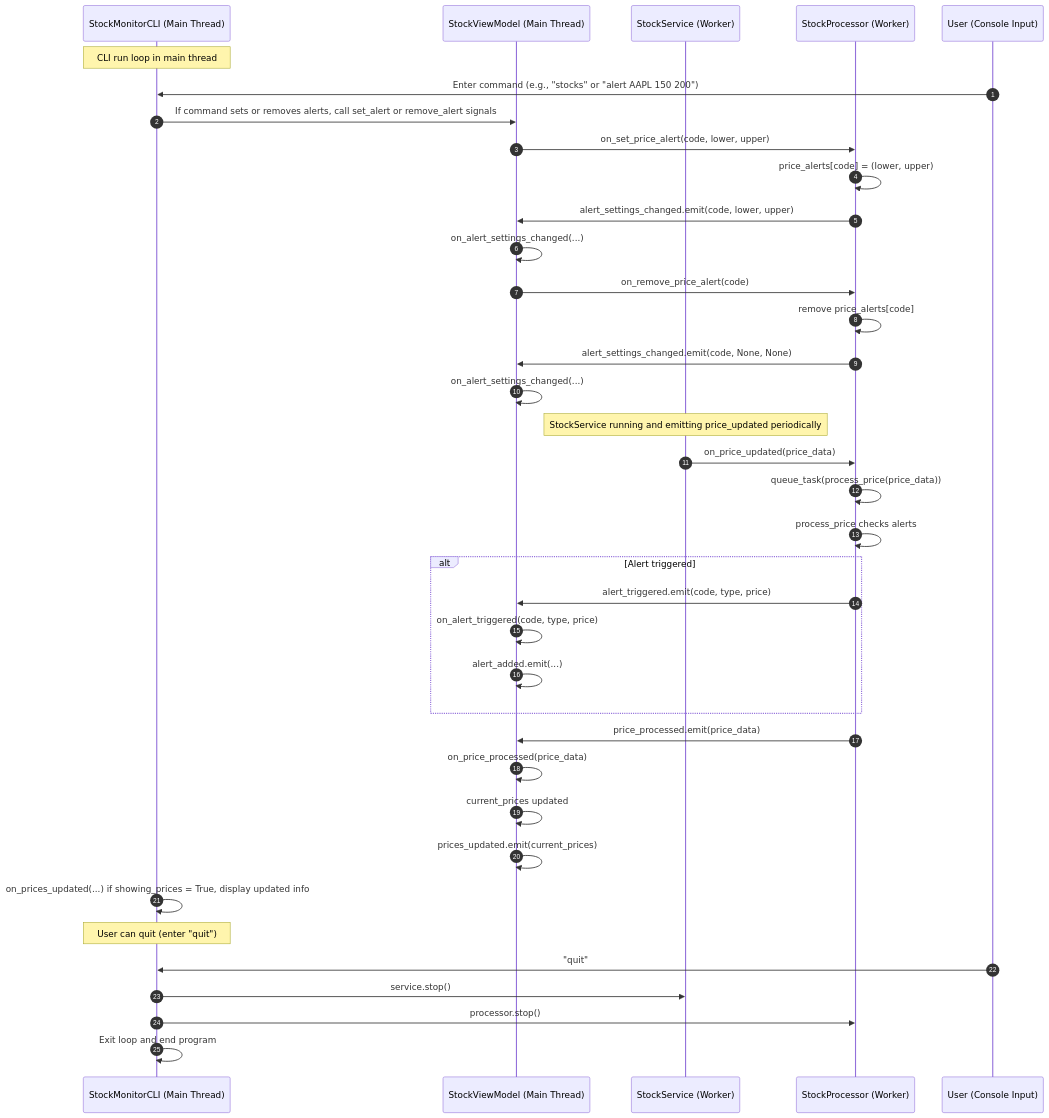
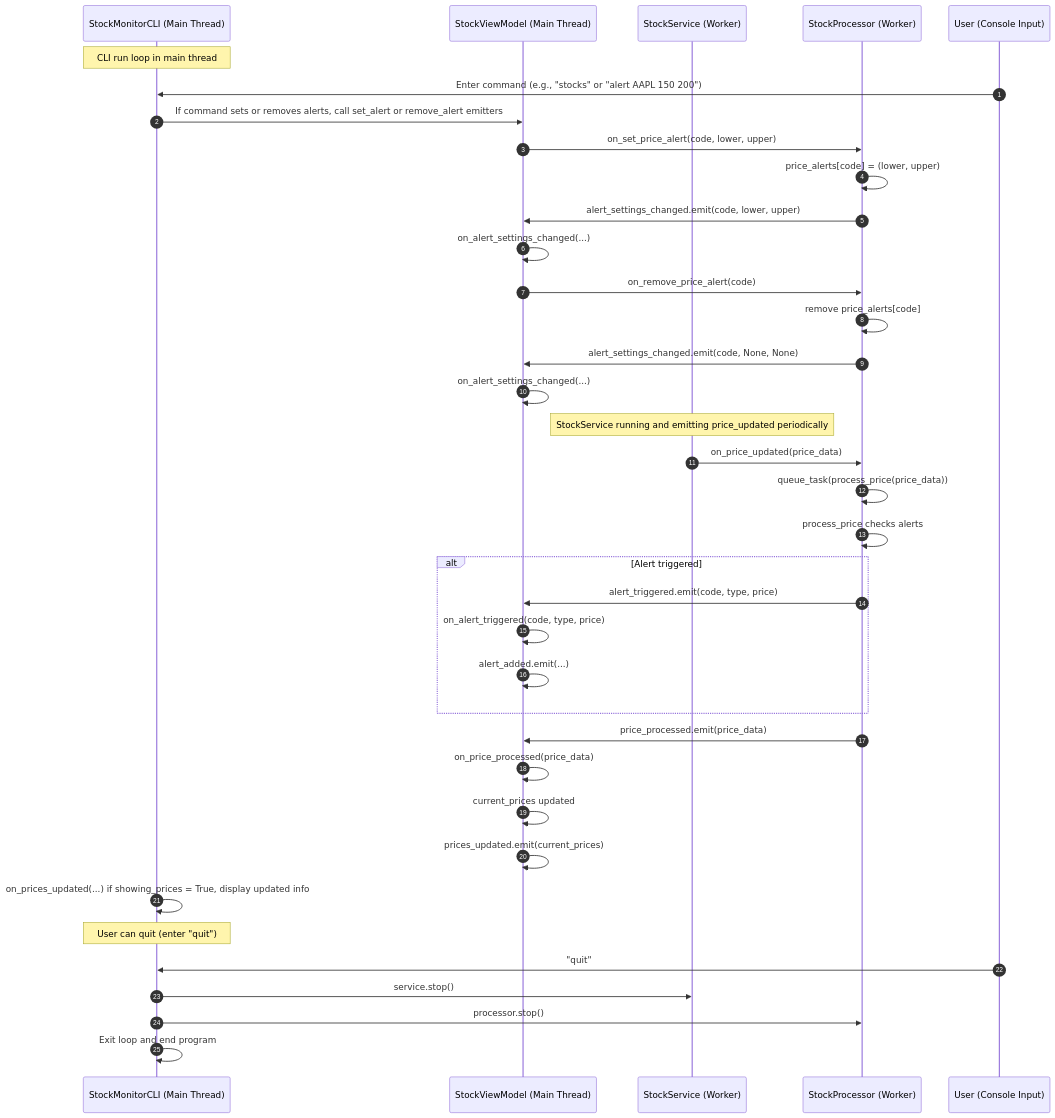
The eighth of 12 diagrams in docs/examples.md (nexconnectio/pynnex), drawn with Mermaid before and after one commit. The commit also changed other lines of this file and 43 other files, not shown here.

````diff
--- a/docs/examples.md
+++ b/docs/examples.md
@@ -425,45 +433,45 @@
 ```mermaid
 sequenceDiagram
     autonumber
     participant CLI as StockMonitorCLI (Main Thread)
     participant V as StockViewModel (Main Thread)
     participant S as StockService (Worker)
     participant P as StockProcessor (Worker)
     participant U as User (Console Input)
 
     Note over CLI: CLI run loop in main thread
     U->>CLI: Enter command (e.g., "stocks" or "alert AAPL 150 200")
-    CLI->>V: If command sets or removes alerts, call set_alert or remove_alert signals
+    CLI->>V: If command sets or removes alerts, call set_alert or remove_alert emitters
 
     V->>P: on_set_price_alert(code, lower, upper)
     P->>P: price_alerts[code] = (lower, upper)
     P->>V: alert_settings_changed.emit(code, lower, upper)
     V->>V: on_alert_settings_changed(...)
 
     V->>P: on_remove_price_alert(code)
     P->>P: remove price_alerts[code]
     P->>V: alert_settings_changed.emit(code, None, None)
     V->>V: on_alert_settings_changed(...)
 
     Note over S: StockService running and emitting price_updated periodically
     S->>P: on_price_updated(price_data)
     P->>P: queue_task(process_price(price_data))
     P->>P: process_price checks alerts
     alt Alert triggered
         P->>V: alert_triggered.emit(code, type, price)
         V->>V: on_alert_triggered(code, type, price)
         V->>V: alert_added.emit(...)
     end
     P->>V: price_processed.emit(price_data)
     V->>V: on_price_processed(price_data)
     V->>V: current_prices updated
     V->>V: prices_updated.emit(current_prices)
 
     CLI->>CLI: on_prices_updated(...) if showing_prices = True, display updated info
 
     Note over CLI: User can quit (enter "quit")
     U->>CLI: "quit"
     CLI->>S: service.stop()
     CLI->>P: processor.stop()
     CLI->>CLI: Exit loop and end program
 ```
````
